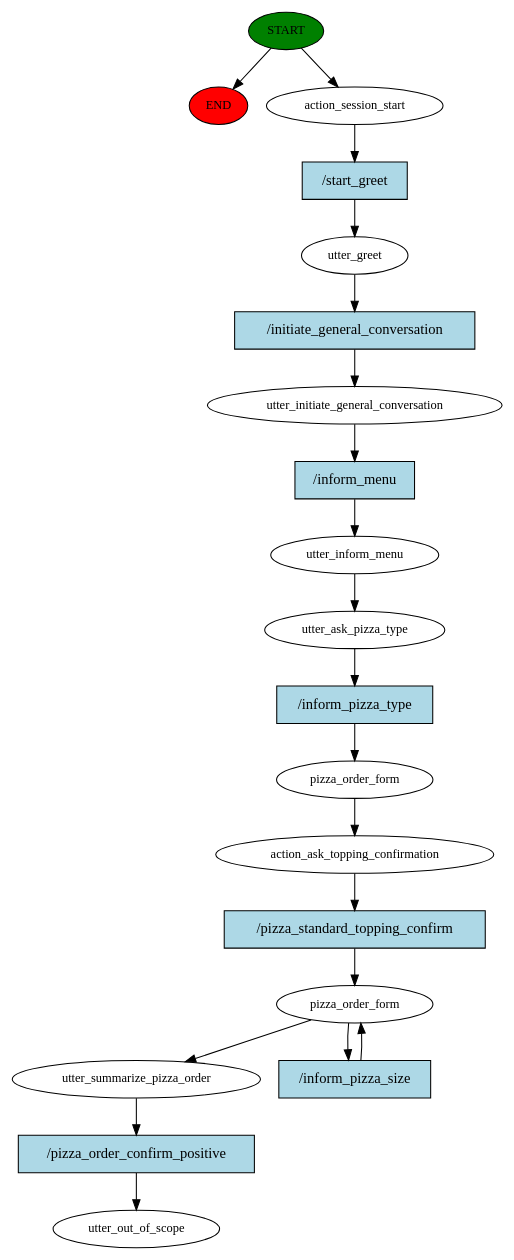
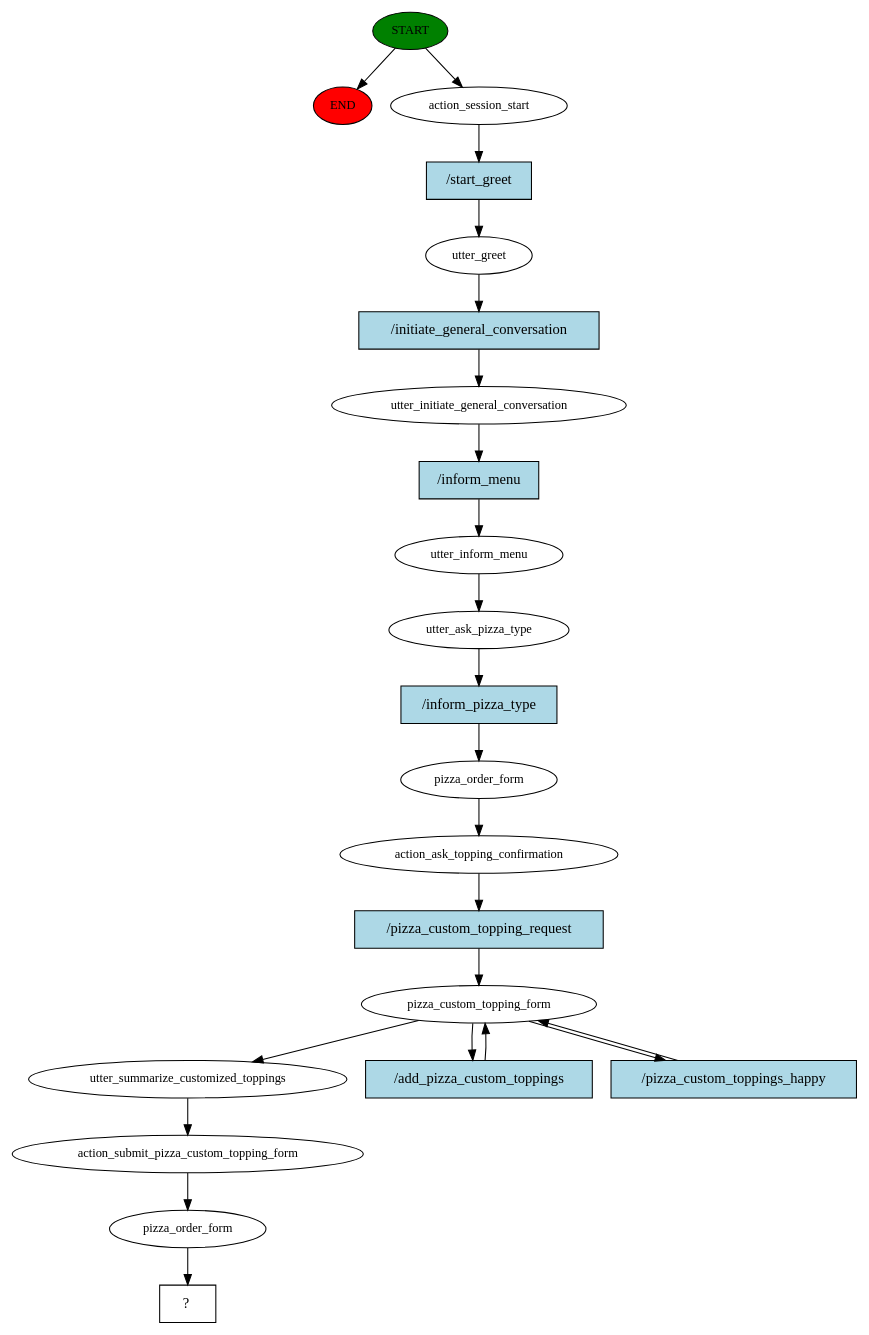
One commit to HiraAfzal9978/HMD-PizzaBot changed the diagram in story_graph.dot. Above: the diagram before and after it, drawn with Graphviz. The commit also changed 5 other files, not shown here.

Commit message:
feat: added custom toppings form

```diff
--- a/story_graph.dot
+++ b/story_graph.dot
@@ -1,40 +1,45 @@
 digraph  {
 0 [class="start active", fillcolor=green, fontsize=12, label=START, style=filled];
 "-1" [class=end, fillcolor=red, fontsize=12, label=END, style=filled];
 1 [class=active, fontsize=12, label=action_session_start];
 2 [class=active, fontsize=12, label=utter_greet];
 3 [class=active, fontsize=12, label=utter_initiate_general_conversation];
 4 [class=active, fontsize=12, label=utter_inform_menu];
 5 [class=active, fontsize=12, label=utter_ask_pizza_type];
 6 [class=active, fontsize=12, label=pizza_order_form];
 7 [class=active, fontsize=12, label=action_ask_topping_confirmation];
-8 [class=active, fontsize=12, label=pizza_order_form];
-10 [class=active, fontsize=12, label=utter_summarize_pizza_order];
-11 [class="dashed active", fontsize=12, label=utter_out_of_scope];
-12 [class="intent active", fillcolor=lightblue, label="/start_greet", shape=rect, style=filled];
-13 [class="intent active", fillcolor=lightblue, label="/initiate_general_conversation", shape=rect, style=filled];
-14 [class="intent active", fillcolor=lightblue, label="/inform_menu", shape=rect, style=filled];
-15 [class="intent active", fillcolor=lightblue, label="/inform_pizza_type", shape=rect, style=filled];
-16 [class="intent active", fillcolor=lightblue, label="/pizza_standard_topping_confirm", shape=rect, style=filled];
-17 [class="intent active", fillcolor=lightblue, label="/inform_pizza_size", shape=rect, style=filled];
-18 [class="intent active", fillcolor=lightblue, label="/pizza_order_confirm_positive", shape=rect, style=filled];
+8 [class=active, fontsize=12, label=pizza_custom_topping_form];
+11 [class=active, fontsize=12, label=utter_summarize_customized_toppings];
+12 [class=active, fontsize=12, label=action_submit_pizza_custom_topping_form];
+13 [class=active, fontsize=12, label=pizza_order_form];
+14 [class="intent dashed active", label="  ?  ", shape=rect];
+15 [class="intent active", fillcolor=lightblue, label="/start_greet", shape=rect, style=filled];
+16 [class="intent active", fillcolor=lightblue, label="/initiate_general_conversation", shape=rect, style=filled];
+17 [class="intent active", fillcolor=lightblue, label="/inform_menu", shape=rect, style=filled];
+18 [class="intent active", fillcolor=lightblue, label="/inform_pizza_type", shape=rect, style=filled];
+19 [class="intent active", fillcolor=lightblue, label="/pizza_custom_topping_request", shape=rect, style=filled];
+20 [class="intent active", fillcolor=lightblue, label="/add_pizza_custom_toppings", shape=rect, style=filled];
+21 [class="intent active", fillcolor=lightblue, label="/pizza_custom_toppings_happy", shape=rect, style=filled];
 0 -> "-1"  [class="", key=NONE, label=""];
 0 -> 1  [class=active, key=NONE, label=""];
-1 -> 12  [class=active, key=0];
-2 -> 13  [class=active, key=0];
-3 -> 14  [class=active, key=0];
+1 -> 15  [class=active, key=0];
+2 -> 16  [class=active, key=0];
+3 -> 17  [class=active, key=0];
 4 -> 5  [class=active, key=NONE, label=""];
-5 -> 15  [class=active, key=0];
+5 -> 18  [class=active, key=0];
 6 -> 7  [class=active, key=NONE, label=""];
-7 -> 16  [class=active, key=0];
-8 -> 10  [class=active, key=NONE, label=""];
-8 -> 17  [class=active, key=0];
-10 -> 18  [class=active, key=0];
-12 -> 2  [class=active, key=0];
-13 -> 3  [class=active, key=0];
-14 -> 4  [class=active, key=0];
-15 -> 6  [class=active, key=0];
-16 -> 8  [class=active, key=0];
-17 -> 8  [class=active, key=0];
-18 -> 11  [class=active, key=0];
+7 -> 19  [class=active, key=0];
+8 -> 11  [class=active, key=NONE, label=""];
+8 -> 20  [class=active, key=0];
+8 -> 21  [class=active, key=0];
+11 -> 12  [class=active, key=NONE, label=""];
+12 -> 13  [class=active, key=NONE, label=""];
+13 -> 14  [class=active, key=NONE, label=""];
+15 -> 2  [class=active, key=0];
+16 -> 3  [class=active, key=0];
+17 -> 4  [class=active, key=0];
+18 -> 6  [class=active, key=0];
+19 -> 8  [class=active, key=0];
+20 -> 8  [class=active, key=0];
+21 -> 8  [class=active, key=0];
 }
```
